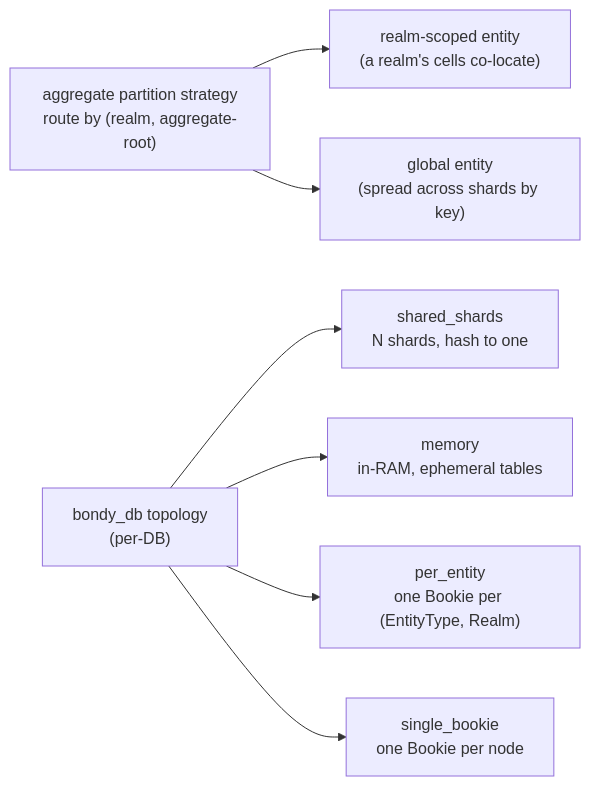
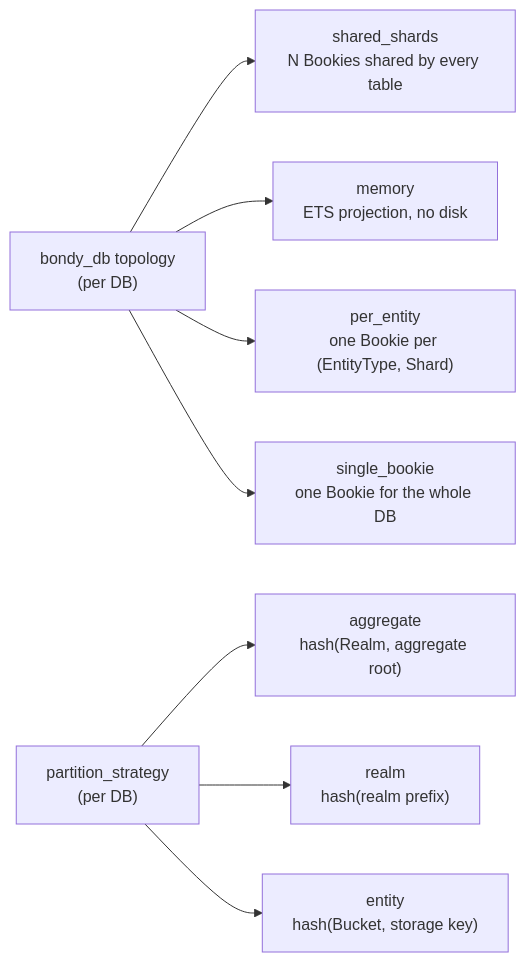
One commit to bondy-io/bondy changed the third of 4 diagrams in apps/bondy_db/doc_extras/architecture/07_app_developers_tour.md. Above: the diagram before and after it, drawn with Mermaid. The commit also changed other lines of this file and 449 other files, not shown here.

````diff
--- a/apps/bondy_db/doc_extras/architecture/07_app_developers_tour.md
+++ b/apps/bondy_db/doc_extras/architecture/07_app_developers_tour.md
@@ -146,19 +152,21 @@
 ```mermaid
 flowchart LR
-    PART["aggregate partition strategy<br/>route by (realm, aggregate-root)"]
-    REALM["realm-scoped entity<br/>(a realm's cells co-locate)"]
-    KEY["global entity<br/>(spread across shards by key)"]
+    TOPO["bondy_db topology<br/>(per DB)"]
+    SHARED["shared_shards<br/>N Bookies shared by every table"]
+    MEM["memory<br/>ETS projection, no disk"]
+    PERE["per_entity<br/>one Bookie per (EntityType, Shard)"]
+    SINGLE["single_bookie<br/>one Bookie for the whole DB"]
 
-    TOPO["bondy_db topology<br/>(per-DB)"]
-    SHARED["shared_shards<br/>N shards, hash to one"]
-    MEM["memory<br/>in-RAM, ephemeral tables"]
-    PERE["per_entity<br/>one Bookie per (EntityType, Realm)"]
-    SINGLE["single_bookie<br/>one Bookie per node"]
+    PART["partition_strategy<br/>(per DB)"]
+    AGG["aggregate<br/>hash(Realm, aggregate root)"]
+    REALM["realm<br/>hash(realm prefix)"]
+    ENT["entity<br/>hash(Bucket, storage key)"]
 
-    PART --> REALM
-    PART --> KEY
     TOPO --> SHARED
     TOPO --> MEM
     TOPO --> PERE
     TOPO --> SINGLE
+    PART --> AGG
+    PART --> REALM
+    PART --> ENT
 ```
````
